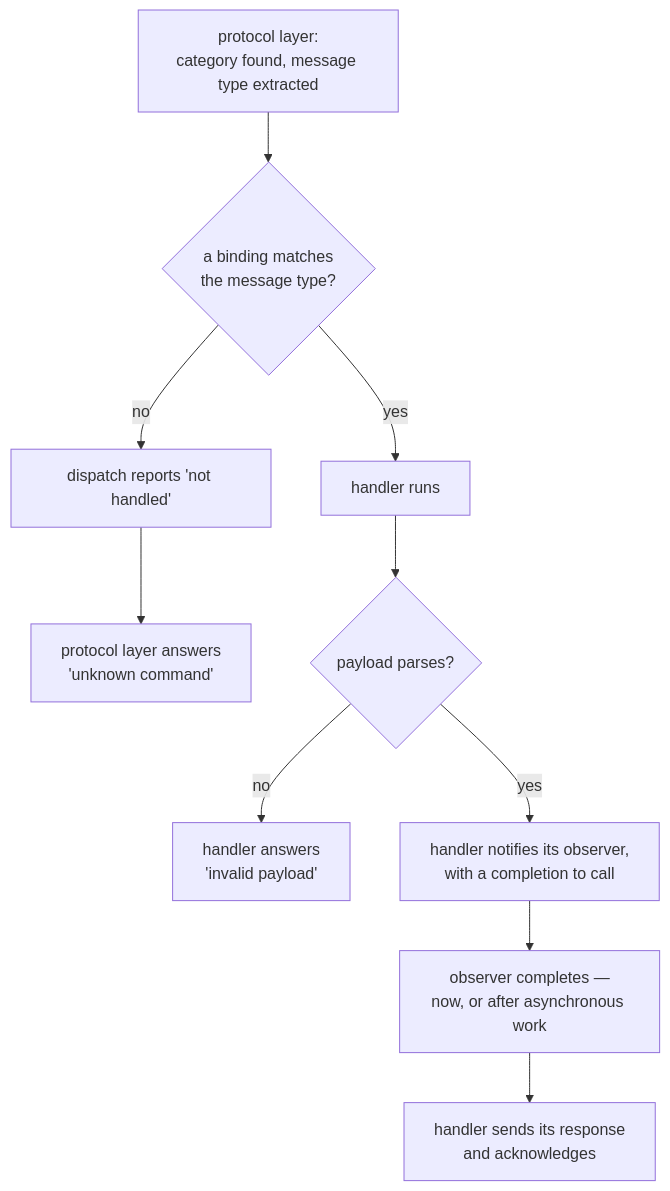
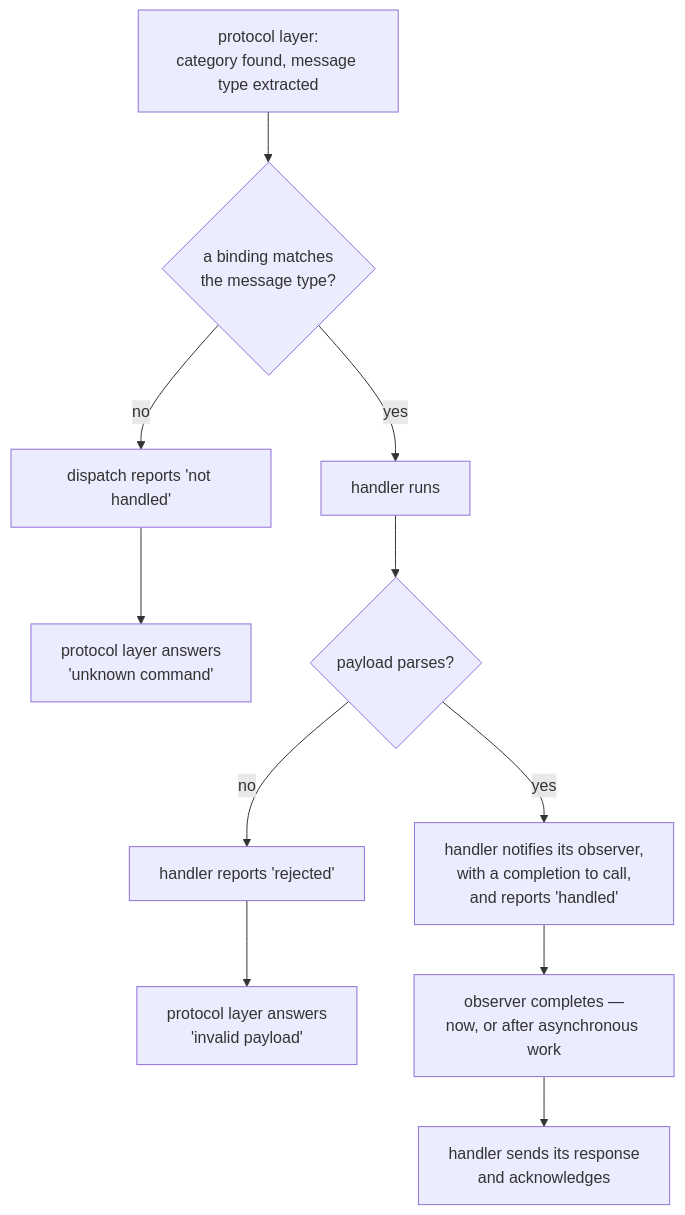
The first of 2 diagrams in documents/booklet/05-category-dispatch.md (embedded-pro/can-lite), drawn with Mermaid before and after one commit. The commit also changed other lines of this file and 49 other files, not shown here.

````diff
--- a/documents/booklet/05-category-dispatch.md
+++ b/documents/booklet/05-category-dispatch.md
@@ -37,12 +37,13 @@
 ```mermaid
 flowchart TD
     A["protocol layer:<br/>category found, message type extracted"] --> B{"a binding matches<br/>the message type?"}
     B -- no --> C["dispatch reports 'not handled'"]
     C --> D["protocol layer answers<br/>'unknown command'"]
     B -- yes --> E["handler runs"]
     E --> F{"payload parses?"}
-    F -- no --> G["handler answers<br/>'invalid payload'"]
-    F -- yes --> H["handler notifies its observer,<br/>with a completion to call"]
+    F -- no --> G["handler reports 'rejected'"]
+    G --> G2["protocol layer answers<br/>'invalid payload'"]
+    F -- yes --> H["handler notifies its observer,<br/>with a completion to call,<br/>and reports 'handled'"]
     H --> I["observer completes —<br/>now, or after asynchronous work"]
     I --> J["handler sends its response<br/>and acknowledges"]
 ```
````
